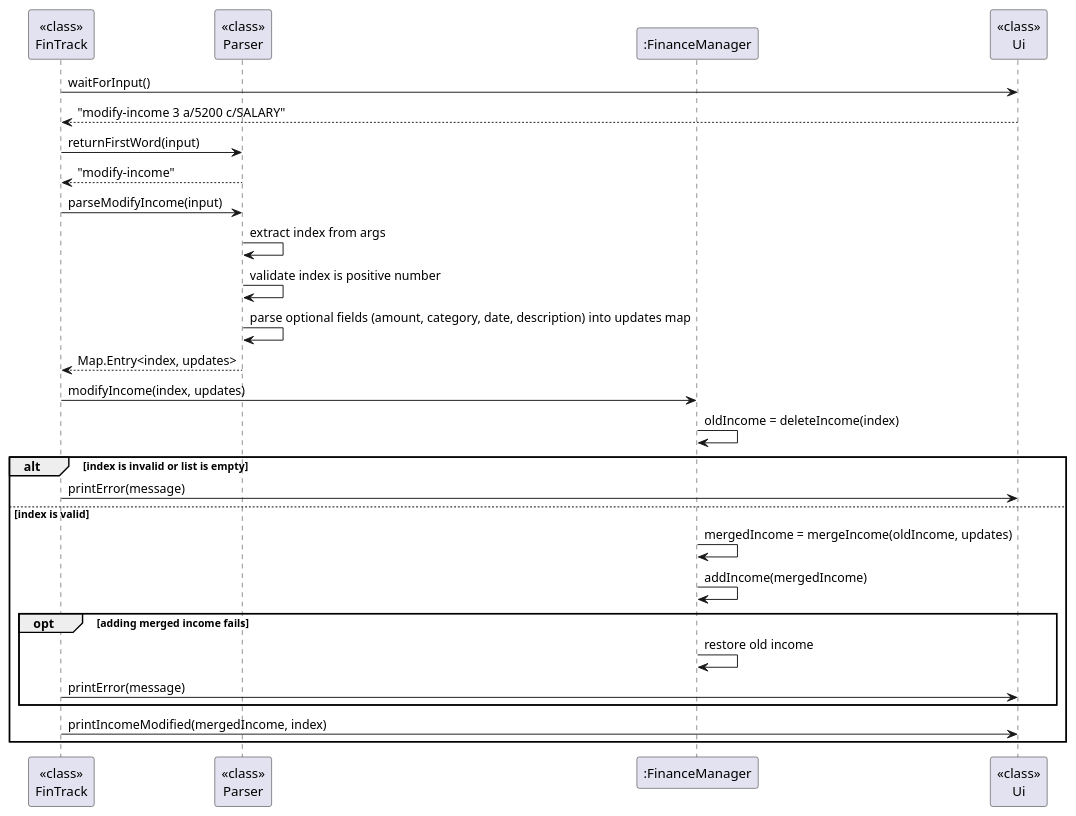
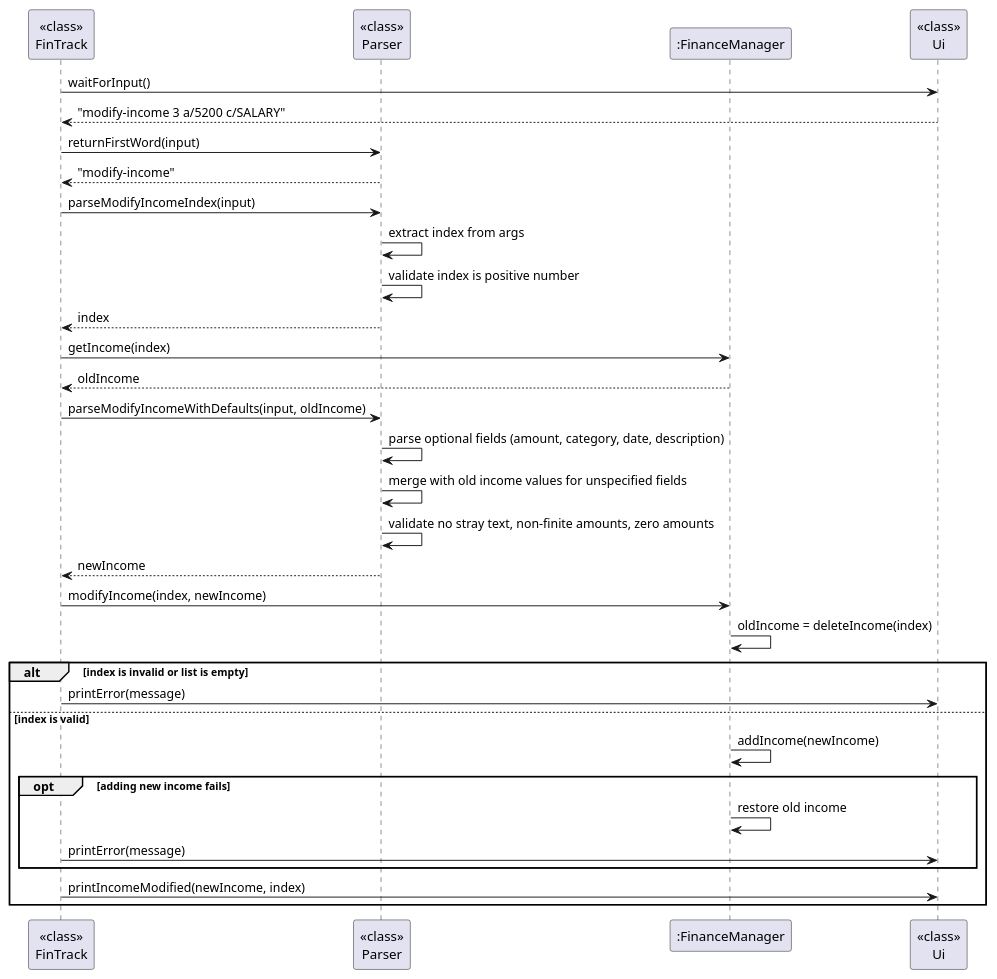
Before and after one commit to AY2526S1-CS2113-W12-4/tp: the diagram in docs/diagrams/modify_income.puml, drawn with PlantUML. The commit also changed 3 other files, not shown here.

Commit message:
Update puml diagrams to better reflect modify command change

```diff
--- a/docs/diagrams/modify_income.puml
+++ b/docs/diagrams/modify_income.puml
@@ -1,36 +1,43 @@
 @startuml
 participant "<<class>>\nFinTrack" as FT
 participant "<<class>>\nParser" as P
 participant ":FinanceManager" as FM
 participant "<<class>>\nUi" as UI
 
 FT -> UI: waitForInput()
 UI --> FT: "modify-income 3 a/5200 c/SALARY"
 
 FT -> P: returnFirstWord(input)
 P --> FT: "modify-income"
 
-FT -> P: parseModifyIncome(input)
+FT -> P: parseModifyIncomeIndex(input)
 P -> P: extract index from args
 P -> P: validate index is positive number
-P -> P: parse optional fields (amount, category, date, description) into updates map
-P --> FT: Map.Entry<index, updates>
+P --> FT: index
 
-FT -> FM: modifyIncome(index, updates)
+FT -> FM: getIncome(index)
+FM --> FT: oldIncome
+
+FT -> P: parseModifyIncomeWithDefaults(input, oldIncome)
+P -> P: parse optional fields (amount, category, date, description)
+P -> P: merge with old income values for unspecified fields
+P -> P: validate no stray text, non-finite amounts, zero amounts
+P --> FT: newIncome
+
+FT -> FM: modifyIncome(index, newIncome)
 
 FM -> FM: oldIncome = deleteIncome(index)
 
 alt index is invalid or list is empty
     FT -> UI: printError(message)
 else index is valid
-    FM -> FM: mergedIncome = mergeIncome(oldIncome, updates)
-    FM -> FM: addIncome(mergedIncome)
+    FM -> FM: addIncome(newIncome)
 
-    opt adding merged income fails
+    opt adding new income fails
         FM -> FM: restore old income
         FT -> UI: printError(message)
     end
 
-    FT -> UI: printIncomeModified(mergedIncome, index)
+    FT -> UI: printIncomeModified(newIncome, index)
 end
 @enduml
```
